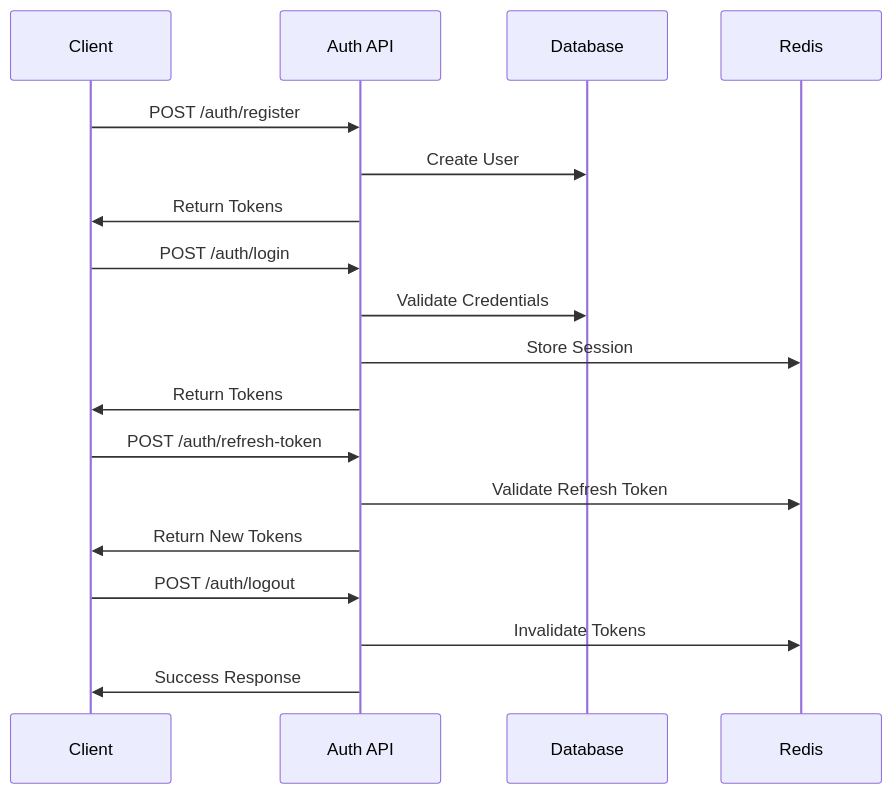
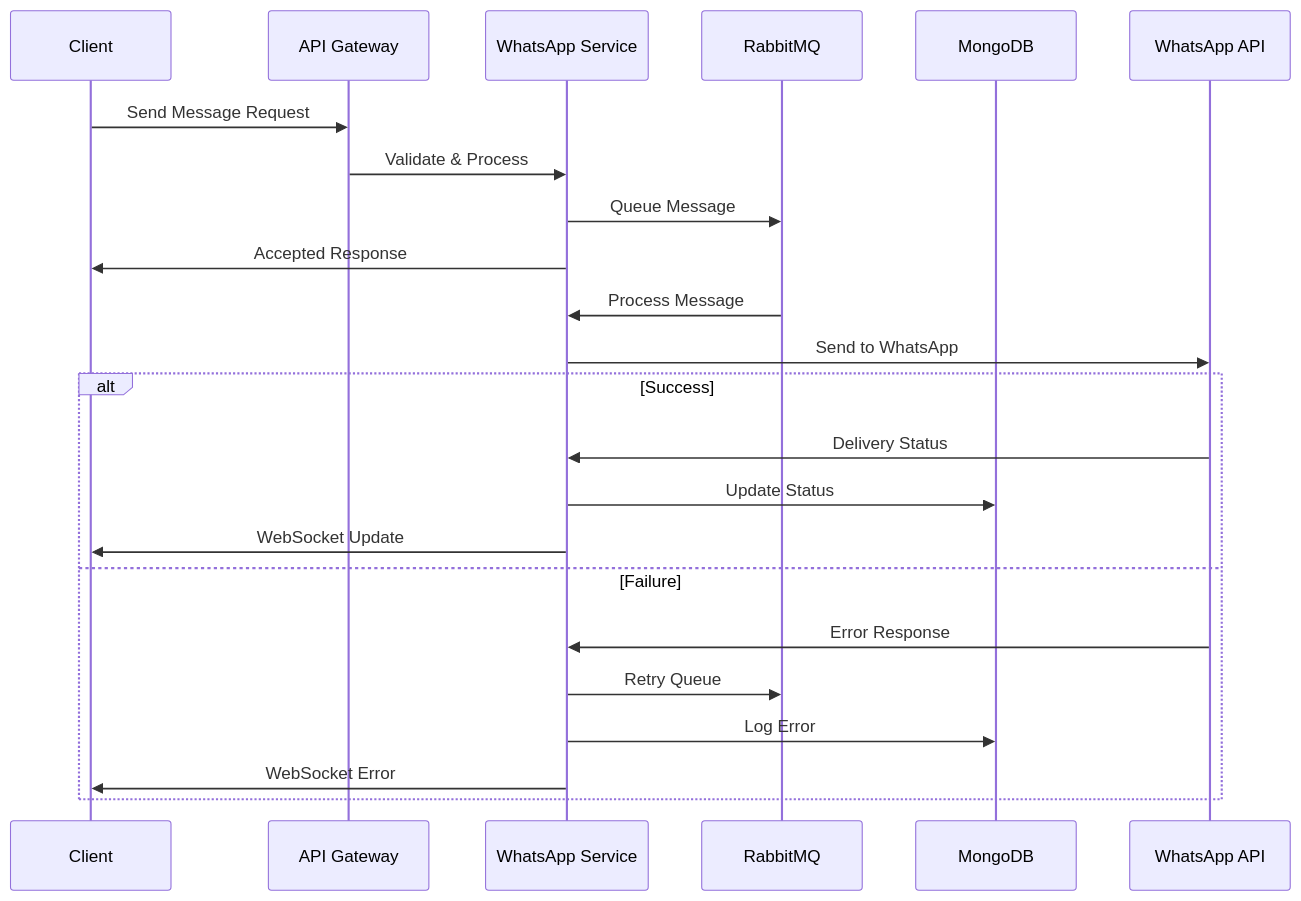
One commit to solvejet/pixe-whatspp changed the third of 6 diagrams in README.md. Above: the diagram before and after it, drawn with Mermaid. The commit also changed other lines of this file, not shown here.

````diff
--- a/README.md
+++ b/README.md
@@ -193,24 +100,28 @@
 ```mermaid
 sequenceDiagram
     participant C as Client
-    participant A as Auth API
-    participant DB as Database
-    participant R as Redis
+    participant API as API Gateway
+    participant WS as WhatsApp Service
+    participant Q as RabbitMQ
+    participant DB as MongoDB
+    participant WA as WhatsApp API
 
-    C->>A: POST /auth/register
-    A->>DB: Create User
-    A->>C: Return Tokens
+    C->>API: Send Message Request
+    API->>WS: Validate & Process
+    WS->>Q: Queue Message
+    WS->>C: Accepted Response
 
-    C->>A: POST /auth/login
-    A->>DB: Validate Credentials
-    A->>R: Store Session
-    A->>C: Return Tokens
+    Q->>WS: Process Message
+    WS->>WA: Send to WhatsApp
 
-    C->>A: POST /auth/refresh-token
-    A->>R: Validate Refresh Token
-    A->>C: Return New Tokens
-
-    C->>A: POST /auth/logout
-    A->>R: Invalidate Tokens
-    A->>C: Success Response
+    alt Success
+        WA->>WS: Delivery Status
+        WS->>DB: Update Status
+        WS->>C: WebSocket Update
+    else Failure
+        WA->>WS: Error Response
+        WS->>Q: Retry Queue
+        WS->>DB: Log Error
+        WS->>C: WebSocket Error
+    end
 ```
````
